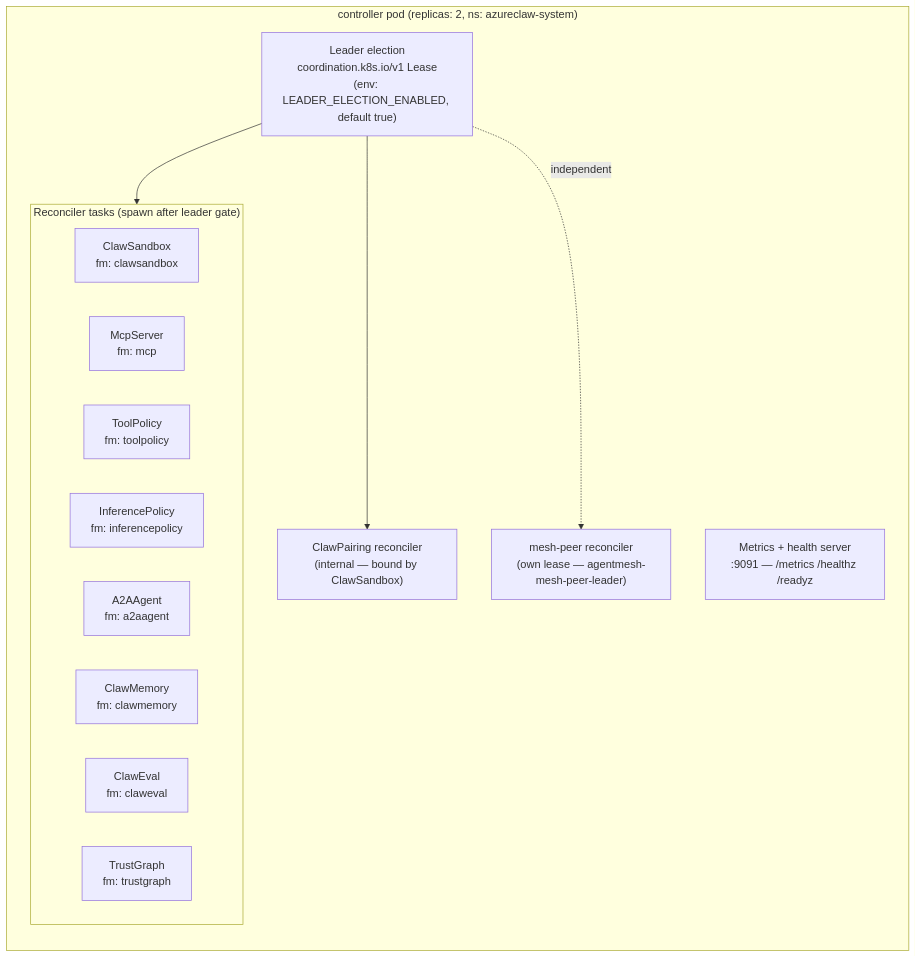
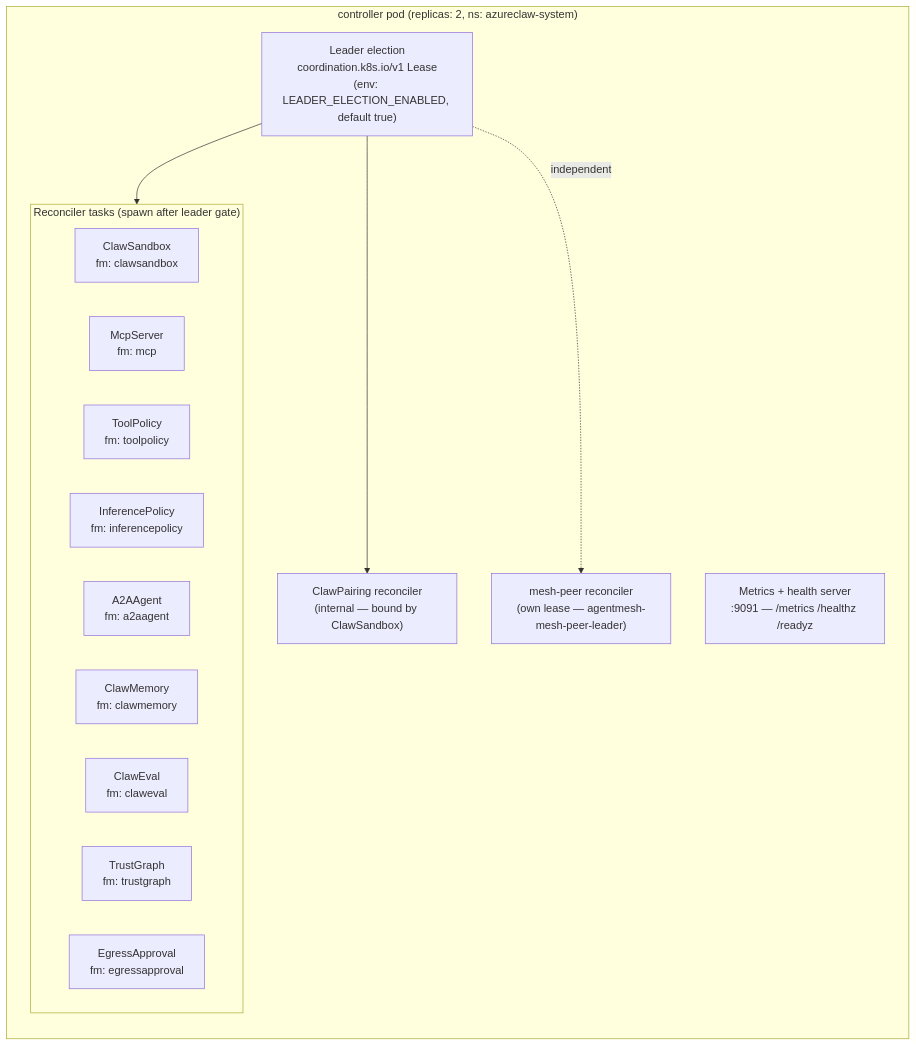
One commit to lachie83/kars changed the second of 7 diagrams in docs/api/lifecycle.md. Above: the diagram before and after it, drawn with Mermaid. The commit also changed other lines of this file and 20 other files, not shown here.

First line of the commit message:
docs: deep OSS-launch audit — API, diagrams, security, README (#326)

````diff
--- a/docs/api/lifecycle.md
+++ b/docs/api/lifecycle.md
@@ -64,24 +64,25 @@
 ```mermaid
 graph TD
   subgraph operator["controller pod (replicas: 2, ns: azureclaw-system)"]
     direction TB
     LE["Leader election<br/>coordination.k8s.io/v1 Lease<br/>(env: LEADER_ELECTION_ENABLED, default true)"]
     subgraph reconcilers["Reconciler tasks (spawn after leader gate)"]
       direction LR
       R1["ClawSandbox<br/>fm: clawsandbox"]
       R2["McpServer<br/>fm: mcp"]
       R3["ToolPolicy<br/>fm: toolpolicy"]
       R4["InferencePolicy<br/>fm: inferencepolicy"]
       R5["A2AAgent<br/>fm: a2aagent"]
       R6["ClawMemory<br/>fm: clawmemory"]
       R7["ClawEval<br/>fm: claweval"]
       R8["TrustGraph<br/>fm: trustgraph"]
+      R9["EgressApproval<br/>fm: egressapproval"]
     end
-    R9["ClawPairing reconciler<br/>(internal — bound by ClawSandbox)"]
+    R10["ClawPairing reconciler<br/>(internal — bound by ClawSandbox)"]
     MESH["mesh-peer reconciler<br/>(own lease — agentmesh-mesh-peer-leader)"]
     METR["Metrics + health server<br/>:9091 — /metrics /healthz /readyz"]
   end
   LE --> reconcilers
-  LE --> R9
+  LE --> R10
   LE -.->|independent| MESH
 ```
````
